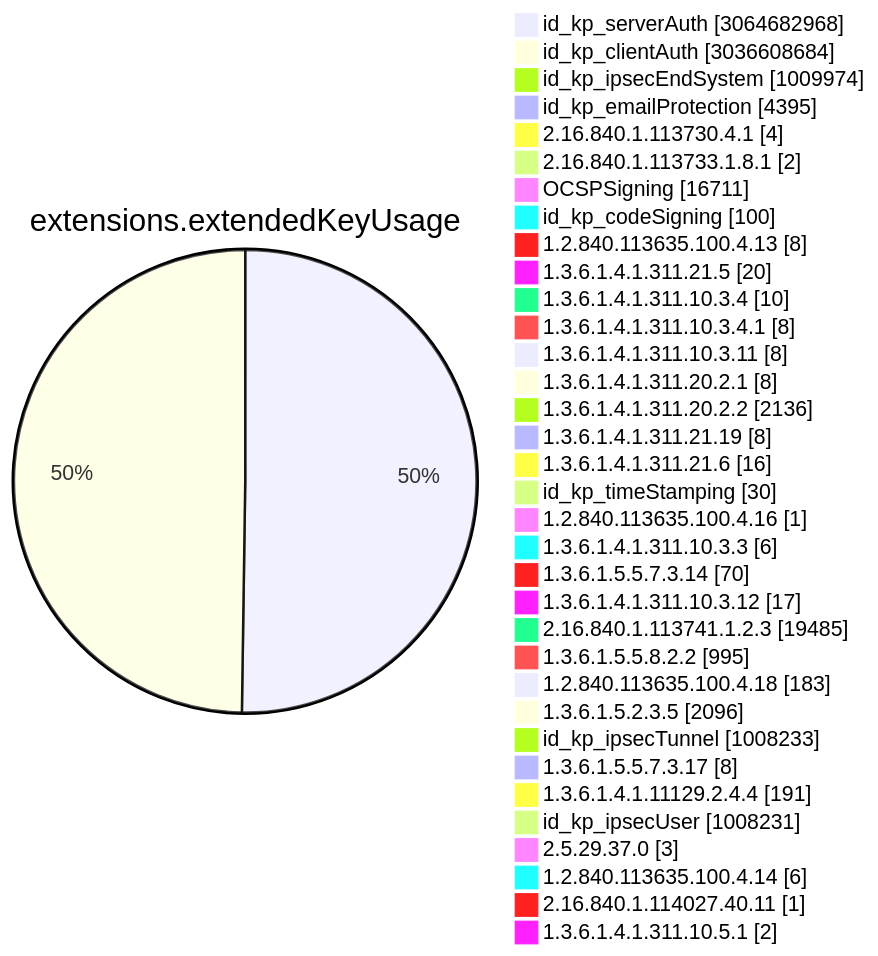
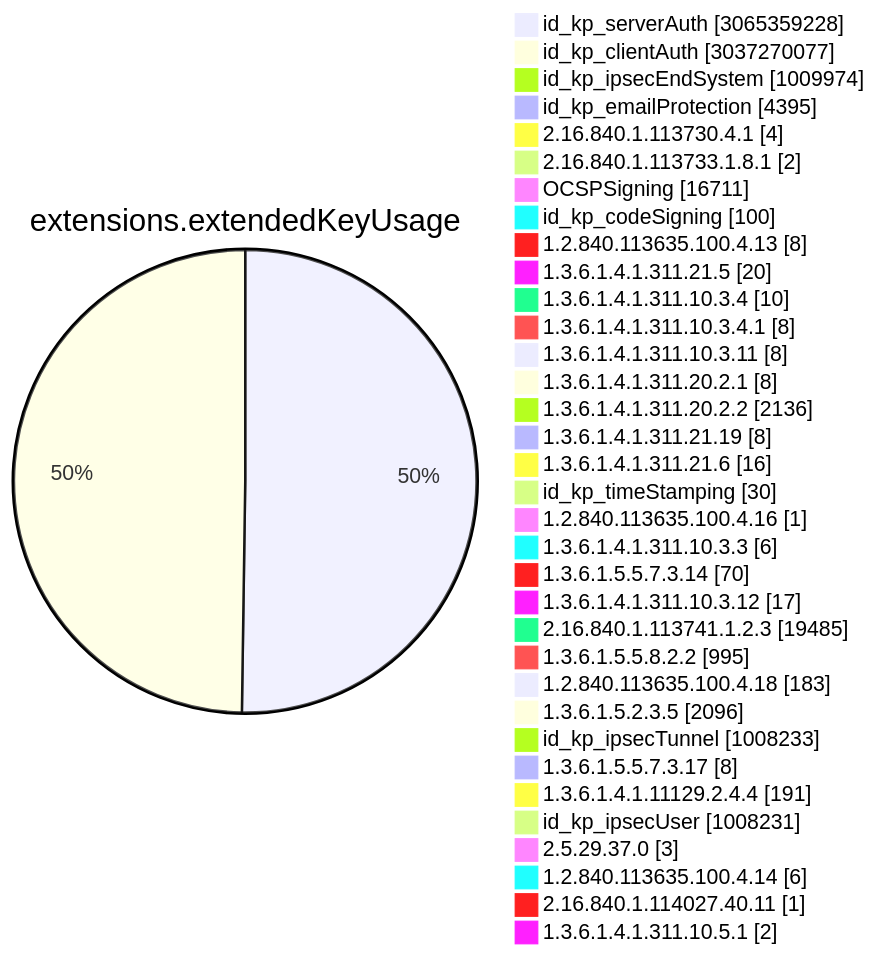
Diagram 11 of 15 in TOTAL/README.md (christiankrug/ctmonitor_visualization), drawn with Mermaid before and after one commit. The commit also changed other lines of this file, not shown here.

````diff
--- a/TOTAL/README.md
+++ b/TOTAL/README.md
@@ -4119,38 +4119,38 @@
 ```mermaid
 pie showData
 title extensions.extendedKeyUsage
-"id_kp_serverAuth" :3064682968
-"id_kp_clientAuth" :3036608684
+"id_kp_serverAuth" :3065359228
+"id_kp_clientAuth" :3037270077
 "id_kp_ipsecEndSystem" :1009974
 "id_kp_emailProtection" :4395
 "2.16.840.1.113730.4.1" :4
 "2.16.840.1.113733.1.8.1" :2
 "OCSPSigning" :16711
 "id_kp_codeSigning" :100
 "1.2.840.113635.100.4.13" :8
 "1.3.6.1.4.1.311.21.5" :20
 "1.3.6.1.4.1.311.10.3.4" :10
 "1.3.6.1.4.1.311.10.3.4.1" :8
 "1.3.6.1.4.1.311.10.3.11" :8
 "1.3.6.1.4.1.311.20.2.1" :8
 "1.3.6.1.4.1.311.20.2.2" :2136
 "1.3.6.1.4.1.311.21.19" :8
 "1.3.6.1.4.1.311.21.6" :16
 "id_kp_timeStamping" :30
 "1.2.840.113635.100.4.16" :1
 "1.3.6.1.4.1.311.10.3.3" :6
 "1.3.6.1.5.5.7.3.14" :70
 "1.3.6.1.4.1.311.10.3.12" :17
 "2.16.840.1.113741.1.2.3" :19485
 "1.3.6.1.5.5.8.2.2" :995
 "1.2.840.113635.100.4.18" :183
 "1.3.6.1.5.2.3.5" :2096
 "id_kp_ipsecTunnel" :1008233
 "1.3.6.1.5.5.7.3.17" :8
 "1.3.6.1.4.1.11129.2.4.4" :191
 "id_kp_ipsecUser" :1008231
 "2.5.29.37.0" :3
 "1.2.840.113635.100.4.14" :6
 "2.16.840.1.114027.40.11" :1
 "1.3.6.1.4.1.311.10.5.1" :2
 ```
````
